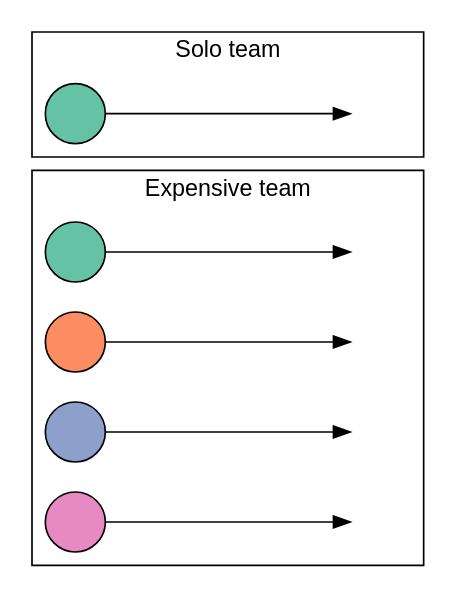
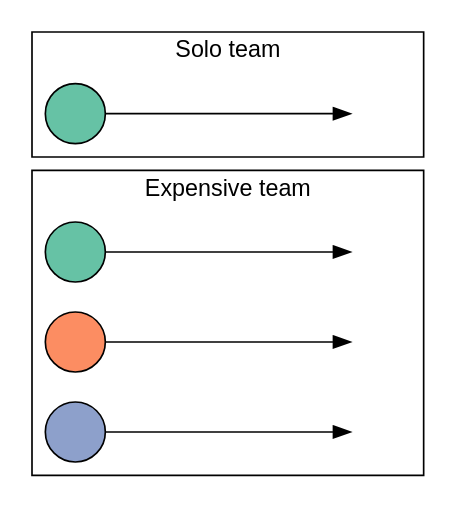
One commit to pedmiston/diachronic-teams changed the diagram in evoteams/inst/extdata/control-groups.gv. Above: the diagram before and after it, drawn with Graphviz. The commit also changed 3 other files, not shown here.

```diff
--- a/evoteams/inst/extdata/control-groups.gv
+++ b/evoteams/inst/extdata/control-groups.gv
@@ -1,32 +1,30 @@
 digraph {
   fontname=helvetica;
   node[fontname=helvetica; label=""; style=filled; width=0.5];
   edge[minlen=4.0];
   rankdir=LR;
 
   // Determine subgraph order
   a, s
 
   // Colors are people
   s, a[fillcolor="#66C2A5"];
   b[fillcolor="#FC8D62"];
   c[fillcolor="#8DA0CB"];
-  d[fillcolor="#E78AC3"];
 
   // Invisible last nodes
-  sinv, ainv, binv, cinv, dinv[style=invis];
+  sinv, ainv, binv, cinv[style=invis];
 
   subgraph cluster0 {
     label="Solo team";
     s -> sinv;
   }
 
   subgraph cluster1 {
     label="Expensive team";
     a -> ainv;
     b -> binv;
     c -> cinv;
-    d -> dinv;
   }
 
 }
```
